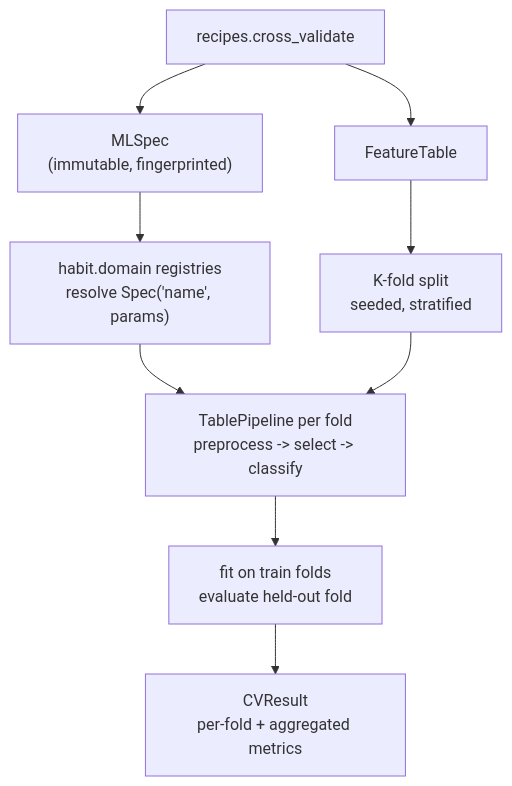
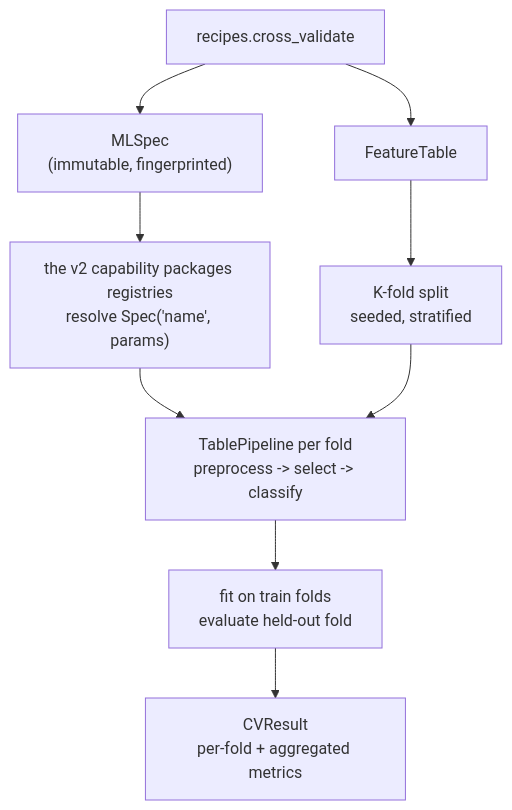
The second of 2 diagrams in docs/source/development/request_lifecycle.rst (lichao312214129/HABIT), drawn with Mermaid before and after one commit. The commit also changed other lines of this file and 698 other files, not shown here.

First line of the commit message:
refactor(docs): focus docs on habitat analysis and streamline architecture

```diff
--- a/docs/source/development/request_lifecycle.rst
+++ b/docs/source/development/request_lifecycle.rst
@@ -89,11 +89,11 @@
 .. mermaid::
 
    flowchart TD
      CV["recipes.cross_validate"] --> SPEC["MLSpec<br/>(immutable, fingerprinted)"]
      CV --> TBL["FeatureTable"]
-     SPEC --> REG["habit.domain registries<br/>resolve Spec('name', params)"]
+     SPEC --> REG["the v2 capability packages registries<br/>resolve Spec('name', params)"]
      TBL --> FOLD["K-fold split<br/>seeded, stratified"]
      REG --> PIPE["TablePipeline per fold<br/>preprocess -> select -> classify"]
      FOLD --> PIPE
      PIPE --> FIT["fit on train folds<br/>evaluate held-out fold"]
      FIT --> RES["CVResult<br/>per-fold + aggregated metrics"]
```
